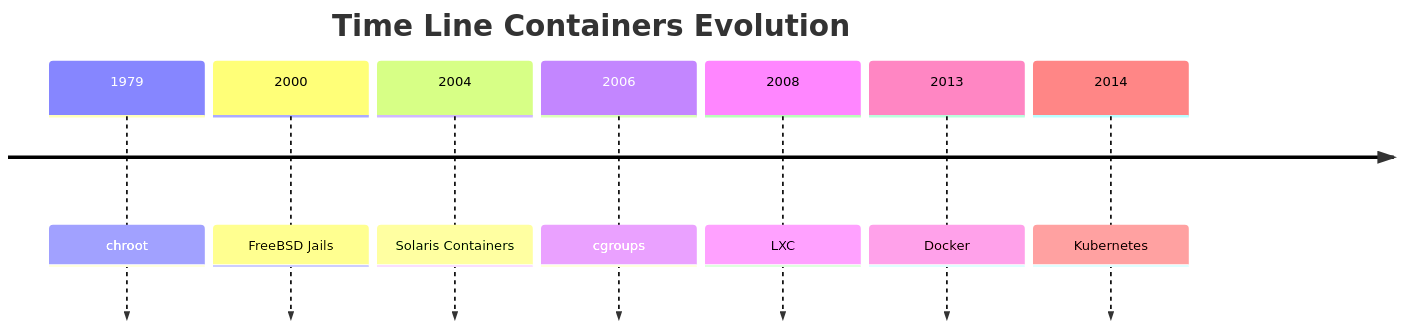
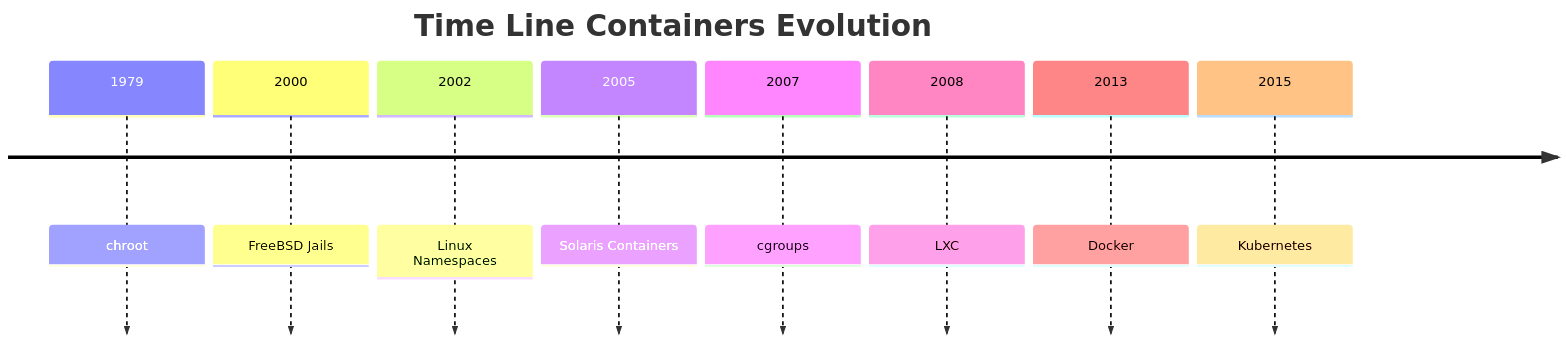
Before and after one commit to marcossilvestrini/learning-lpic-3-305-300: the diagram in README.md, drawn with Mermaid. The commit also changed other lines of this file and 13 other files, not shown here.

````diff
--- a/README.md
+++ b/README.md
@@ -1661,11 +1931,12 @@
 ```mermaid
 timeline
     title Time Line Containers Evolution
     1979 : chroot
     2000 : FreeBSD Jails
-    2004 : Solaris Containers
-    2006 : cgroups
+    2002 : Linux Namespaces
+    2005 : Solaris Containers
+    2007 : cgroups
     2008 : LXC
     2013 : Docker
-    2014 : Kubernetes
+    2015 : Kubernetes
 ```
````
